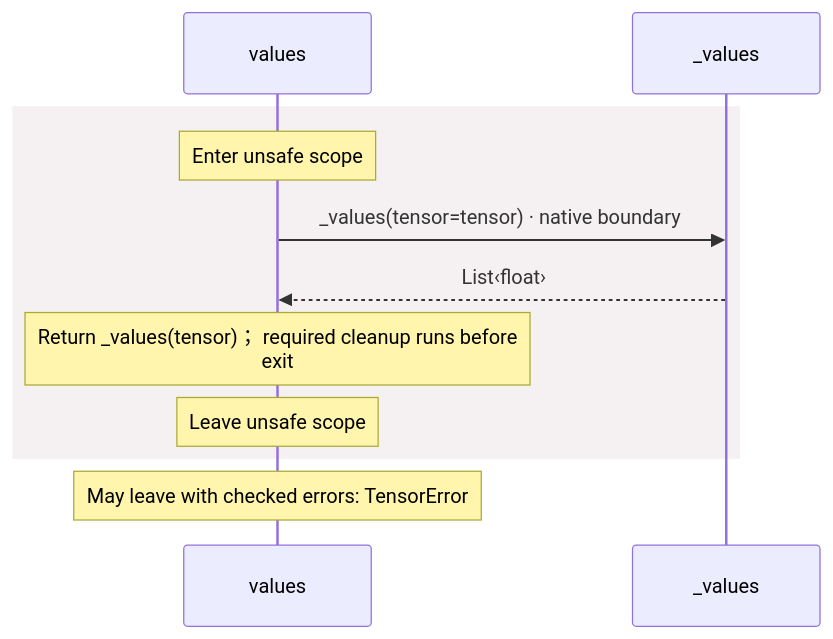
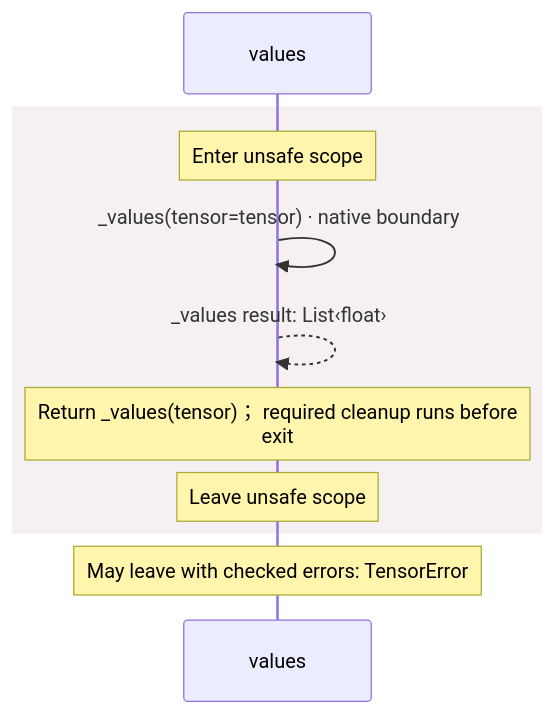
The fifth of 7 diagrams in docs/examples/native-pytorch/dependencies/packages/@greenpandastudios/aug-pytorch/0.1.6/api-diagrams.md (GreenPandaStudios/augscript), drawn with Mermaid before and after one commit. The commit also changed other lines of this file and 304 other files, not shown here.

Commit message:
Make generated data-flow sequences concise and review every diagram

````diff
--- a/docs/examples/native-pytorch/dependencies/packages/@greenpandastudios/aug-pytorch/0.1.6/api-diagrams.md
+++ b/docs/examples/native-pytorch/dependencies/packages/@greenpandastudios/aug-pytorch/0.1.6/api-diagrams.md
@@ -157,13 +132,13 @@
 ```mermaid
 sequenceDiagram
     participant p0 as values
-    participant p1 as _values
+
     rect rgb(245, 240, 241)
     Note over p0: Enter unsafe scope
-    p0->>p1: _values(tensor=tensor) · native boundary
-    p1-->>p0: List‹float›
+    p0->>p0: _values(tensor=tensor) · native boundary
+    p0-->>p0: _values result: List‹float›
     Note over p0: Return _values(tensor)； required cleanup runs before<br/>exit
     Note over p0: Leave unsafe scope
     end
     Note over p0: May leave with checked errors: TensorError
 ```
````
